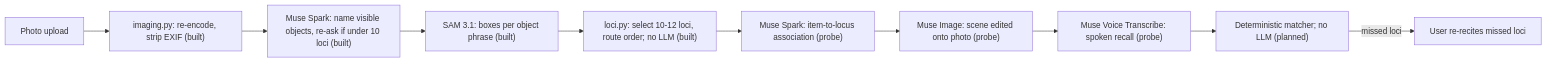
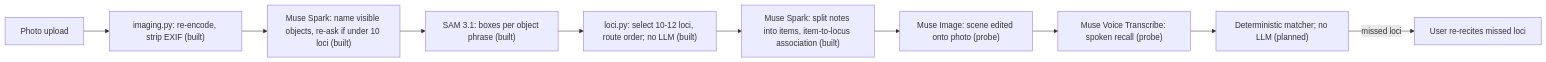
One commit to KevinKbyte/MemriPal changed the diagram in README.md. Above: the diagram before and after it, drawn with Mermaid. The commit also changed other lines of this file and 4 other files, not shown here.

````diff
--- a/README.md
+++ b/README.md
@@ -23,12 +22,12 @@
 ```mermaid
 flowchart LR
   photo["Photo upload"] --> intake["imaging.py: re-encode, strip EXIF (built)"]
   intake --> phrases["Muse Spark: name visible objects, re-ask if under 10 loci (built)"]
   phrases --> sam["SAM 3.1: boxes per object phrase (built)"]
   sam --> loci["loci.py: select 10-12 loci, route order; no LLM (built)"]
-  loci --> assoc["Muse Spark: item-to-locus association (probe)"]
+  loci --> assoc["Muse Spark: split notes into items, item-to-locus association (built)"]
   assoc --> scene["Muse Image: scene edited onto photo (probe)"]
   scene --> asr["Muse Voice Transcribe: spoken recall (probe)"]
   asr --> match["Deterministic matcher; no LLM (planned)"]
   match -- "missed loci" --> review["User re-recites missed loci"]
 ```
````
